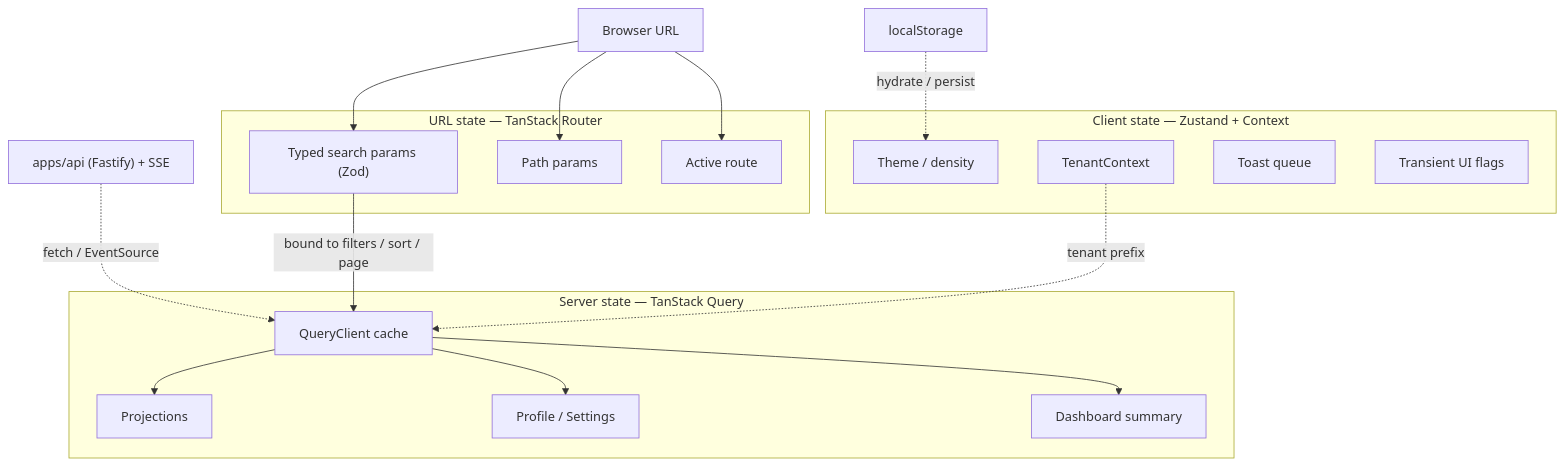
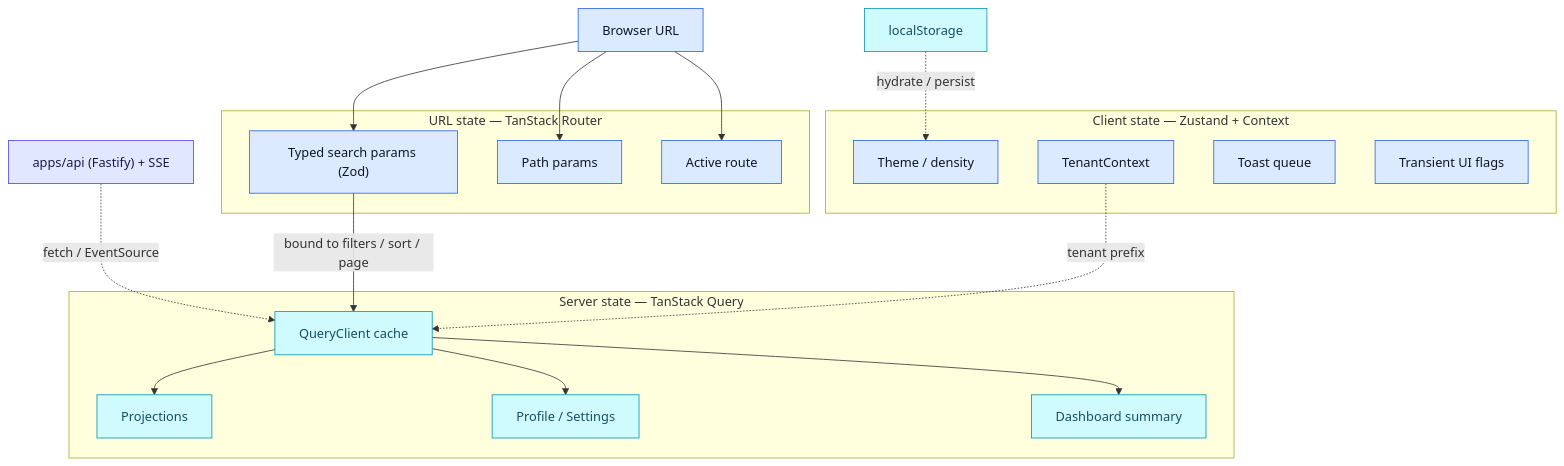
Before and after one commit to ebarti/JobCtrl: the diagram in docs/architecture/frontend/index.md, drawn with Mermaid. The commit also changed other lines of this file and 57 other files, not shown here.

````diff
--- a/docs/architecture/frontend/index.md
+++ b/docs/architecture/frontend/index.md
@@ -118,35 +141,42 @@
 ```mermaid
 graph TB
     subgraph "Server state — TanStack Query"
         QC["QueryClient cache"]
         PJ["Projections"]
         PR["Profile / Settings"]
         DS["Dashboard summary"]
     end
 
     subgraph "URL state — TanStack Router"
         SP["Typed search params (Zod)"]
         PP["Path params"]
         RT["Active route"]
     end
 
     subgraph "Client state — Zustand + Context"
         TH["Theme / density"]
         TN["TenantContext"]
         TS["Toast queue"]
         UI["Transient UI flags"]
     end
 
     BE["apps/api (Fastify) + SSE"] -.->|"fetch / EventSource"| QC
     QC --> PJ
     QC --> PR
     QC --> DS
 
     BR["Browser URL"] --> SP
     BR --> PP
     BR --> RT
     SP -->|"bound to filters / sort / page"| QC
 
     LS["localStorage"] -.->|"hydrate / persist"| TH
     TN -.->|"tenant prefix"| QC
+
+    classDef ui fill:#dbeafe,stroke:#2563eb,color:#0f172a
+    classDef ts fill:#e0e7ff,stroke:#4f46e5,color:#1e1b4b
+    classDef store fill:#cffafe,stroke:#0891b2,color:#164e63
+    class BE ts
+    class SP,PP,RT,TH,TN,TS,UI,BR ui
+    class QC,PJ,PR,DS,LS store
 ```
````
